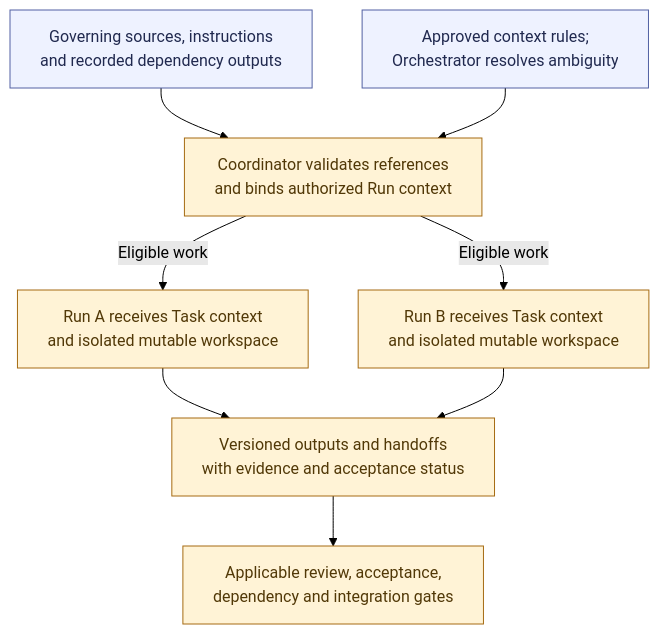
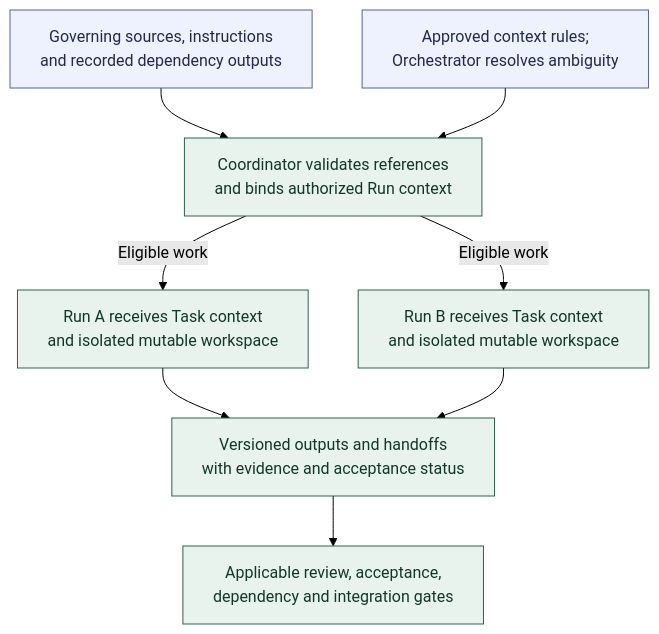
Before and after one commit to andrii2g/mobiraeon: the diagram in docs/diagrams/context-and-shared-work.md, drawn with Mermaid (forest theme). The commit also changed other lines of this file and 16 other files, not shown here.

````diff
--- a/docs/diagrams/context-and-shared-work.md
+++ b/docs/diagrams/context-and-shared-work.md
@@ -5,20 +5,20 @@
 ```mermaid
 ---
 config:
   flowchart:
     wrappingWidth: 280
 ---
 flowchart TB
     SOURCES["Governing sources, instructions<br/>and recorded dependency outputs"] --> CONTEXT["Coordinator validates references<br/>and binds authorized Run context"]
     PLAN["Approved context rules;<br/>Orchestrator resolves ambiguity"] --> CONTEXT
     CONTEXT -->|Eligible work| A["Run A receives Task context<br/>and isolated mutable workspace"]
     CONTEXT -->|Eligible work| B["Run B receives Task context<br/>and isolated mutable workspace"]
     A --> HANDOFF["Versioned outputs and handoffs<br/>with evidence and acceptance status"]
     B --> HANDOFF
     HANDOFF --> GATES["Applicable review, acceptance,<br/>dependency and integration gates"]
 
-    classDef proposed fill:#fff3d6,stroke:#a66b12,color:#513807;
+    classDef agreed fill:#e8f3ee,stroke:#28644d,color:#12372a;
     classDef boundary fill:#eef2ff,stroke:#5261a3,color:#20294f;
-    class CONTEXT,A,B,HANDOFF,GATES proposed;
+    class CONTEXT,A,B,HANDOFF,GATES agreed;
     class SOURCES,PLAN boundary;
 ```
````
